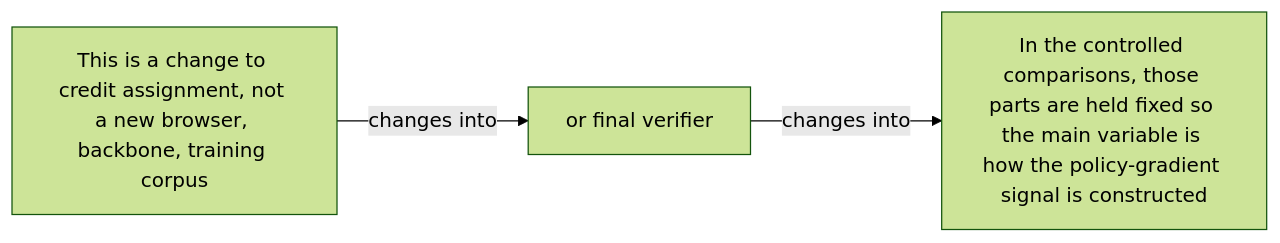
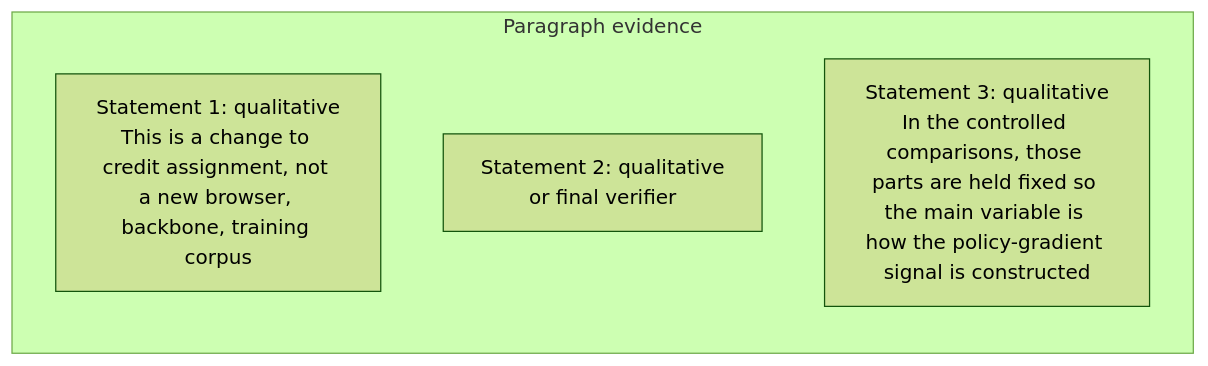
The tenth of 48 diagrams in docs/visual-manifests/VISUAL_MANIFEST_TRACE.md (Betancourt1/paper_atlas), drawn with Mermaid (forest theme) before and after one commit. The commit also changed other lines of this file and 7 other files, not shown here.

````diff
--- a/docs/visual-manifests/VISUAL_MANIFEST_TRACE.md
+++ b/docs/visual-manifests/VISUAL_MANIFEST_TRACE.md
@@ -780,8 +750,8 @@
 ```mermaid
 flowchart LR
-  n1["This is a change to credit assignment, not a new browser, backbone, training corpus"]
-  n2["or final verifier"]
-  n3["In the controlled comparisons, those parts are held fixed so the main variable is how the policy-gradient signal is constructed"]
-  n1 -->|"changes into"| n2
-  n2 -->|"changes into"| n3
+  subgraph p1["Paragraph evidence"]
+    p1r1["Statement 1: qualitative<br/>This is a change to credit assignment, not a new browser, backbone, training corpus"]
+    p1r2["Statement 2: qualitative<br/>or final verifier"]
+    p1r3["Statement 3: qualitative<br/>In the controlled comparisons, those parts are held fixed so the main variable is how the policy-gradient signal is constructed"]
+  end
 ```
````
